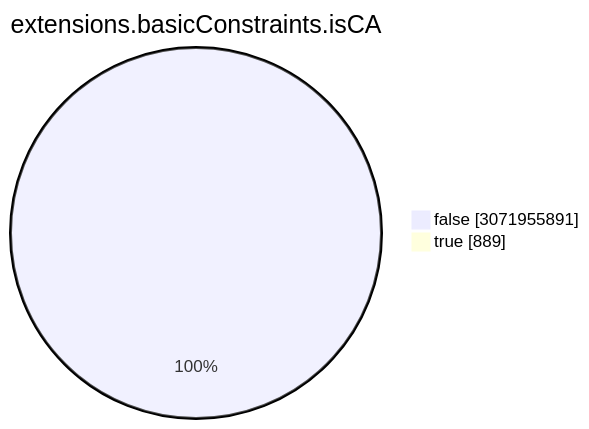
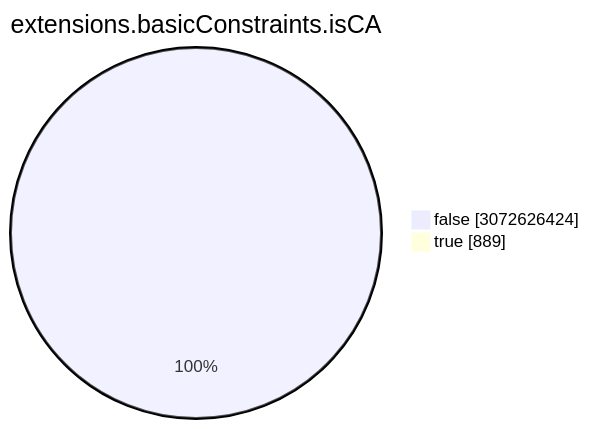
One commit to christiankrug/ctmonitor_visualization changed the seventh of 15 diagrams in TOTAL/README.md. Above: the diagram before and after it, drawn with Mermaid. The commit also changed other lines of this file, not shown here.

````diff
--- a/TOTAL/README.md
+++ b/TOTAL/README.md
@@ -3088,6 +3088,6 @@
 ```mermaid
 pie showData
 title extensions.basicConstraints.isCA
-"false" :3071955891
+"false" :3072626424
 "true" :889
 ```
````
